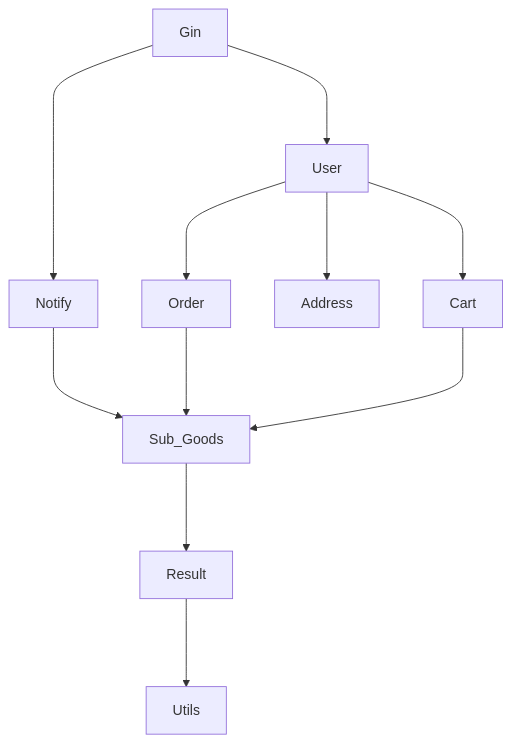
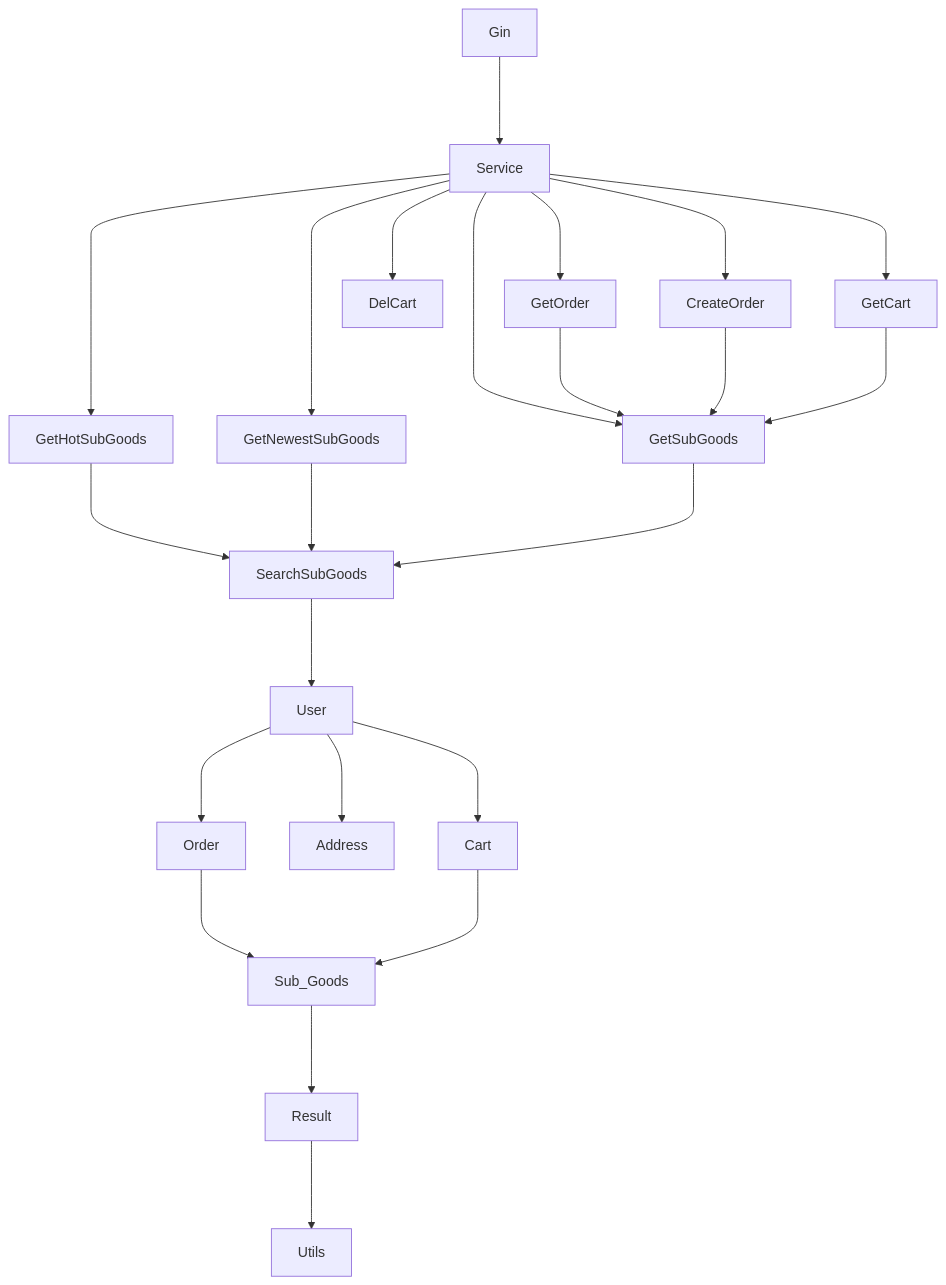
The diagram in document.md (blacknight2018/NFUShop), drawn with Mermaid before and after one commit. The commit also changed 11 other files, not shown here.

````diff
--- a/document.md
+++ b/document.md
@@ -1,13 +1,25 @@
 ```mermaid
 graph TB
-    Gin--->User
-    Gin--->Notify
-    Notify--->Sub_Goods
     User--->Order
     User--->Address
     User--->Cart
     Order--->Sub_Goods
     Cart--->Sub_Goods
     Sub_Goods--->Result
     Result--->Utils
+
+    Gin--->Service
+
+    
+    Service--->GetHotSubGoods--->SearchSubGoods
+    Service--->GetNewestSubGoods--->SearchSubGoods
+    Service--->GetSubGoods--->SearchSubGoods
+
+    Service--->GetOrder--->GetSubGoods
+    Service--->CreateOrder--->GetSubGoods
+    Service--->DelCart
+    Service--->GetCart--->GetSubGoods
+    SearchSubGoods--->User
+    
+
 ```
````
